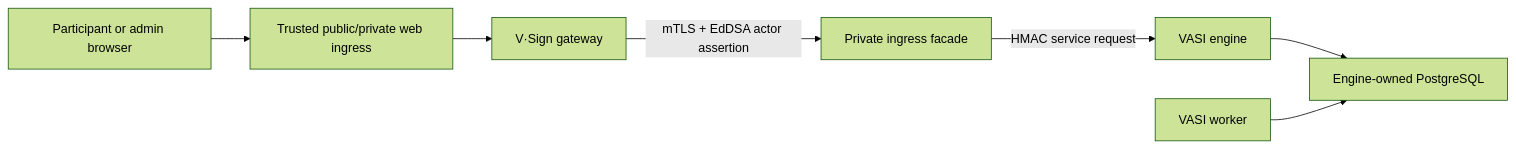
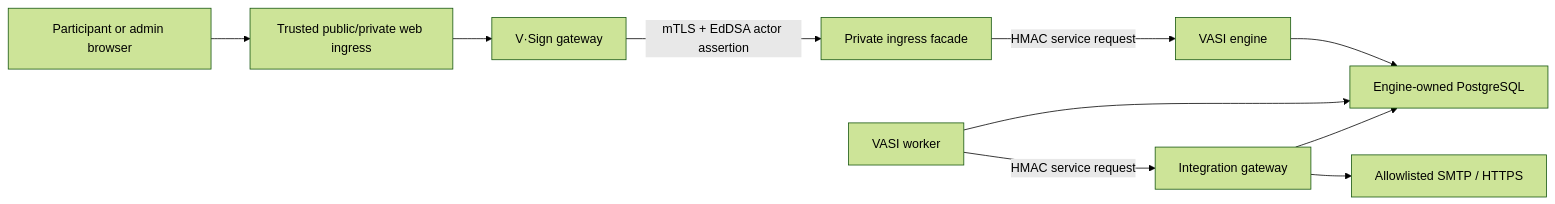
One commit to AznIronMan/VASI changed the diagram in docs/architecture/private-engine-boundary.md. Above: the diagram before and after it, drawn with Mermaid (forest theme). The commit also changed other lines of this file and 79 other files, not shown here.

````diff
--- a/docs/architecture/private-engine-boundary.md
+++ b/docs/architecture/private-engine-boundary.md
@@ -14,9 +14,12 @@
 ```mermaid
 flowchart LR
   browser["Participant or admin browser"] --> public["Trusted public/private web ingress"]
   public --> vsign["V·Sign gateway"]
   vsign -->|"mTLS + EdDSA actor assertion"| facade["Private ingress facade"]
   facade -->|"HMAC service request"| engine["VASI engine"]
   engine --> database["Engine-owned PostgreSQL"]
   worker["VASI worker"] --> database
+  worker -->|"HMAC service request"| integrations["Integration gateway"]
+  integrations --> database
+  integrations --> external["Allowlisted SMTP / HTTPS"]
 ```
````
